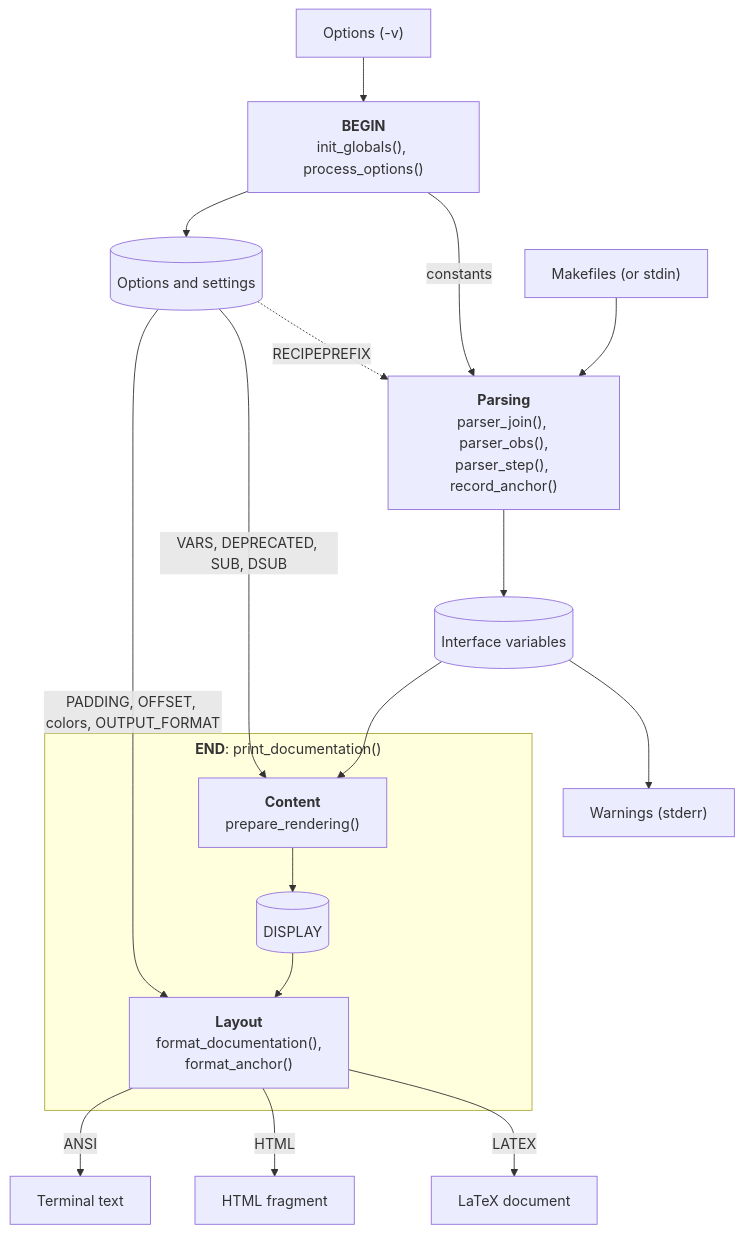
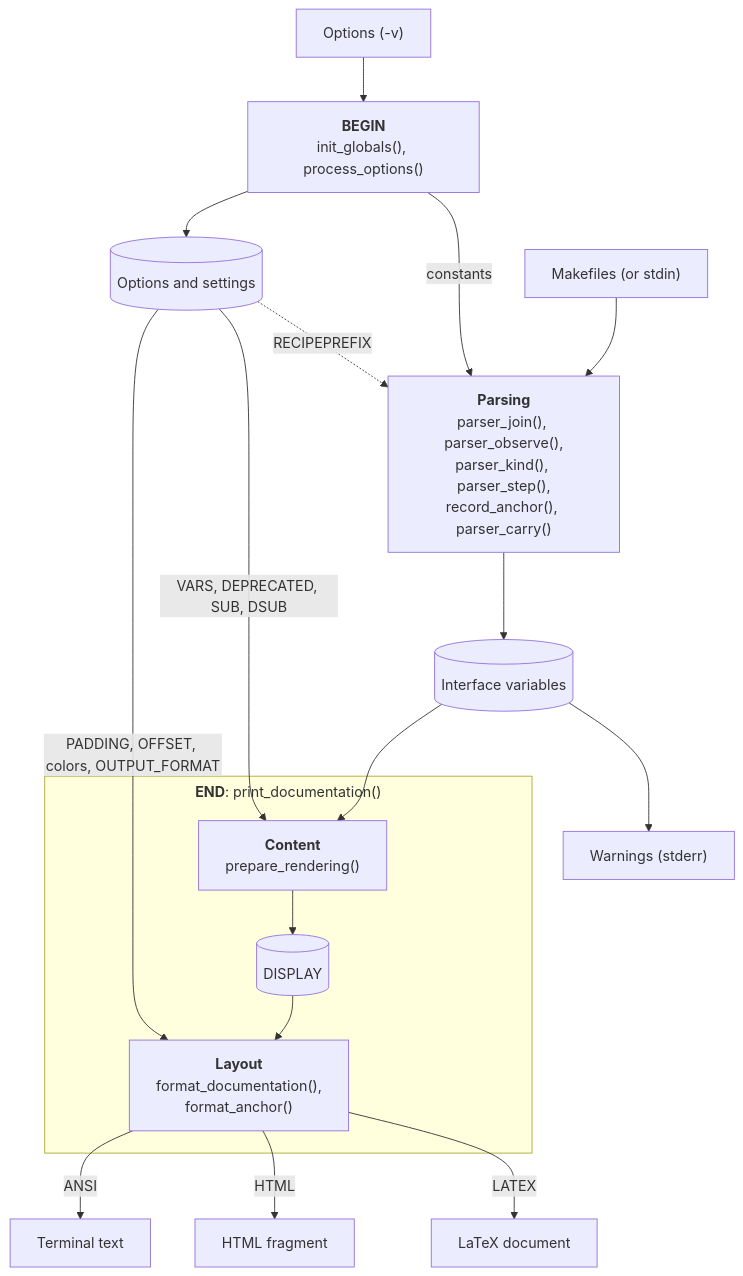
The diagram in test/README.md (drdv/makefile-doc), drawn with Mermaid before and after one commit. The commit also changed 5 other files, not shown here.

````diff
--- a/test/README.md
+++ b/test/README.md
@@ -295,32 +295,32 @@
 ```mermaid
 ---
 config:
   layout: dagre
   flowchart:
     curve: basis
     subGraphTitleMargin:
       top: 5
       bottom: 20
 ---
 flowchart TD
     options["Options (-v)"] --> begin["<b>BEGIN</b><br/>init_globals(), process_options()"]
-    makefiles["Makefiles (or stdin)"] --> parsing["<b>Parsing</b><br/>parser_join(), parser_obs(),<br/>parser_step(), record_anchor()"]
+    makefiles["Makefiles (or stdin)"] --> parsing["<b>Parsing</b><br/>parser_join(), parser_observe(),<br/>parser_kind(), parser_step(),<br/>record_anchor(), parser_carry()"]
     begin -- "constants" --> parsing
     begin --> settings[("Options and settings")]
 
     settings -. "RECIPEPREFIX" .-> parsing
     parsing --> interface[("Interface variables")]
 
     subgraph end_ ["<b>END</b>: print_documentation()"]
         content["<b>Content</b><br/>prepare_rendering()"] --> display[("DISPLAY")]
         display --> layout["<b>Layout</b><br/>format_documentation(),<br/>format_anchor()"]
     end
 
     interface --> content
     settings -- "VARS, DEPRECATED, SUB, DSUB" --> content
     settings -- "PADDING, OFFSET, colors, OUTPUT_FORMAT" --> layout
     layout -- "ANSI" --> ansi["Terminal text"]
     layout -- "HTML" --> html["HTML fragment"]
     layout -- "LATEX" --> latex["LaTeX document"]
     interface --> stderr["Warnings (stderr)"]
 ```
````
